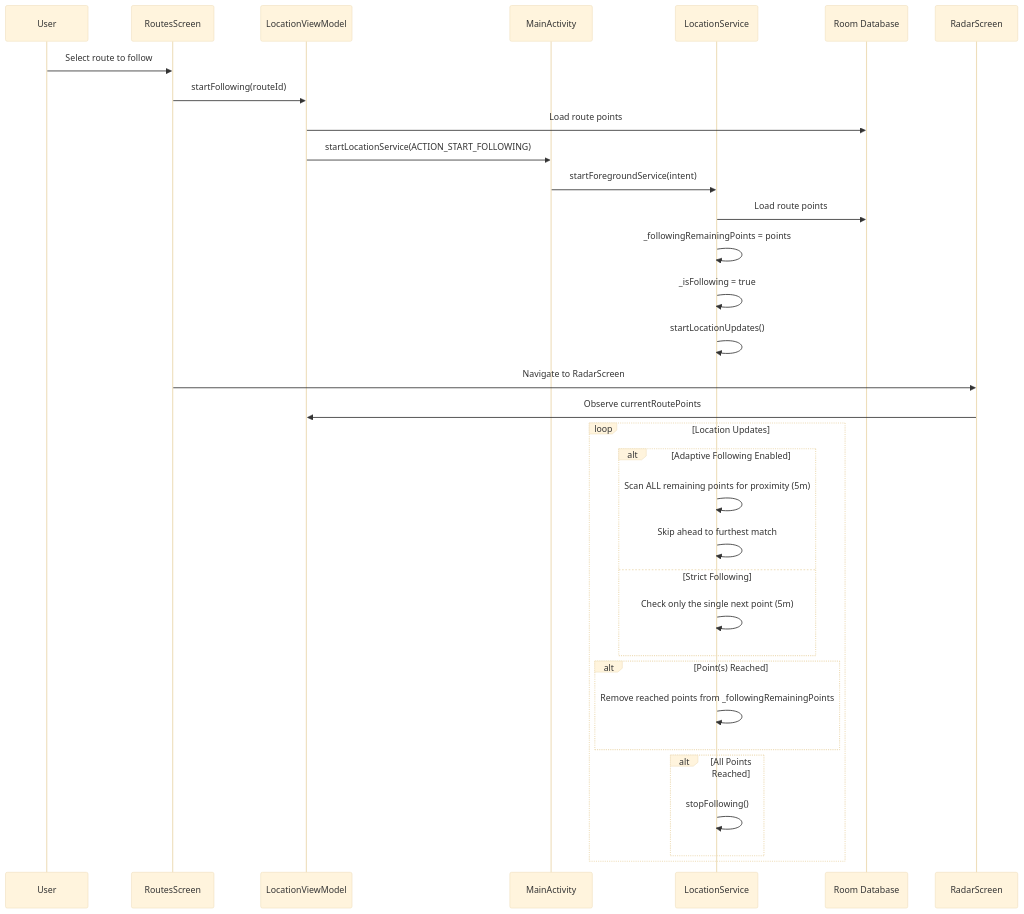
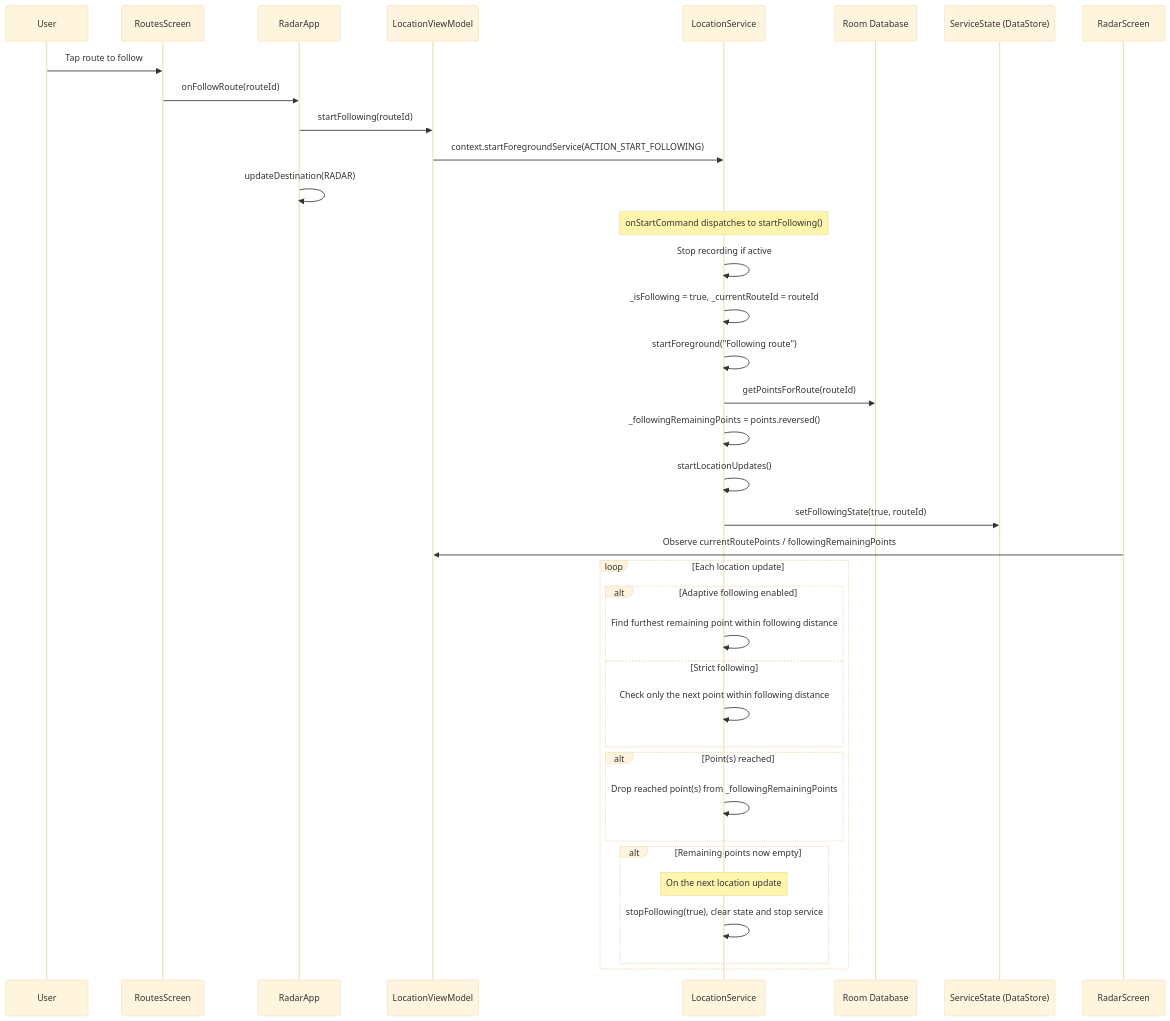
Before and after one commit to ameraldo/Radar: the fourth of 7 diagrams in docs/architecture/data-flow.md, drawn with Mermaid (base theme). The commit also changed other lines of this file and 19 other files, not shown here.

Commit message:
Added configurable recording/following distances

````diff
--- a/docs/architecture/data-flow.md
+++ b/docs/architecture/data-flow.md
@@ -103,37 +113,41 @@
 ```mermaid
 sequenceDiagram
     participant User
     participant UI as RoutesScreen
+    participant App as RadarApp
     participant VM as LocationViewModel
-    participant Main as MainActivity
     participant Service as LocationService
     participant Room as Room Database
+    participant State as ServiceState (DataStore)
     participant Radar as RadarScreen
 
-    User->>UI: Select route to follow
-    UI->>VM: startFollowing(routeId)
-    VM->>Room: Load route points
-    VM->>Main: startLocationService(ACTION_START_FOLLOWING)
-    Main->>Service: startForegroundService(intent)
-    Service->>Room: Load route points
-    Service->>Service: _followingRemainingPoints = points
-    Service->>Service: _isFollowing = true
+    User->>UI: Tap route to follow
+    UI->>App: onFollowRoute(routeId)
+    App->>VM: startFollowing(routeId)
+    VM->>Service: context.startForegroundService(ACTION_START_FOLLOWING)
+    App->>App: updateDestination(RADAR)
+    Note over Service: onStartCommand dispatches to startFollowing()
+    Service->>Service: Stop recording if active
+    Service->>Service: _isFollowing = true, _currentRouteId = routeId
+    Service->>Service: startForeground("Following route")
+    Service->>Room: getPointsForRoute(routeId)
+    Service->>Service: _followingRemainingPoints = points.reversed()
     Service->>Service: startLocationUpdates()
-    UI->>Radar: Navigate to RadarScreen
-    Radar->>VM: Observe currentRoutePoints
+    Service->>State: setFollowingState(true, routeId)
+    Radar->>VM: Observe currentRoutePoints / followingRemainingPoints
 
-    loop Location Updates
-        alt Adaptive Following Enabled
-            Service->>Service: Scan ALL remaining points for proximity (5m)
-            Service->>Service: Skip ahead to furthest match
-        else Strict Following
-            Service->>Service: Check only the single next point (5m)
+    loop Each location update
+        alt Adaptive following enabled
+            Service->>Service: Find furthest remaining point within following distance
+        else Strict following
+            Service->>Service: Check only the next point within following distance
         end
-        alt Point(s) Reached
-            Service->>Service: Remove reached points from _followingRemainingPoints
+        alt Point(s) reached
+            Service->>Service: Drop reached point(s) from _followingRemainingPoints
         end
-        alt All Points Reached
-            Service->>Service: stopFollowing()
+        alt Remaining points now empty
+            Note over Service: On the next location update
+            Service->>Service: stopFollowing(true), clear state and stop service
         end
     end
 ```
````
